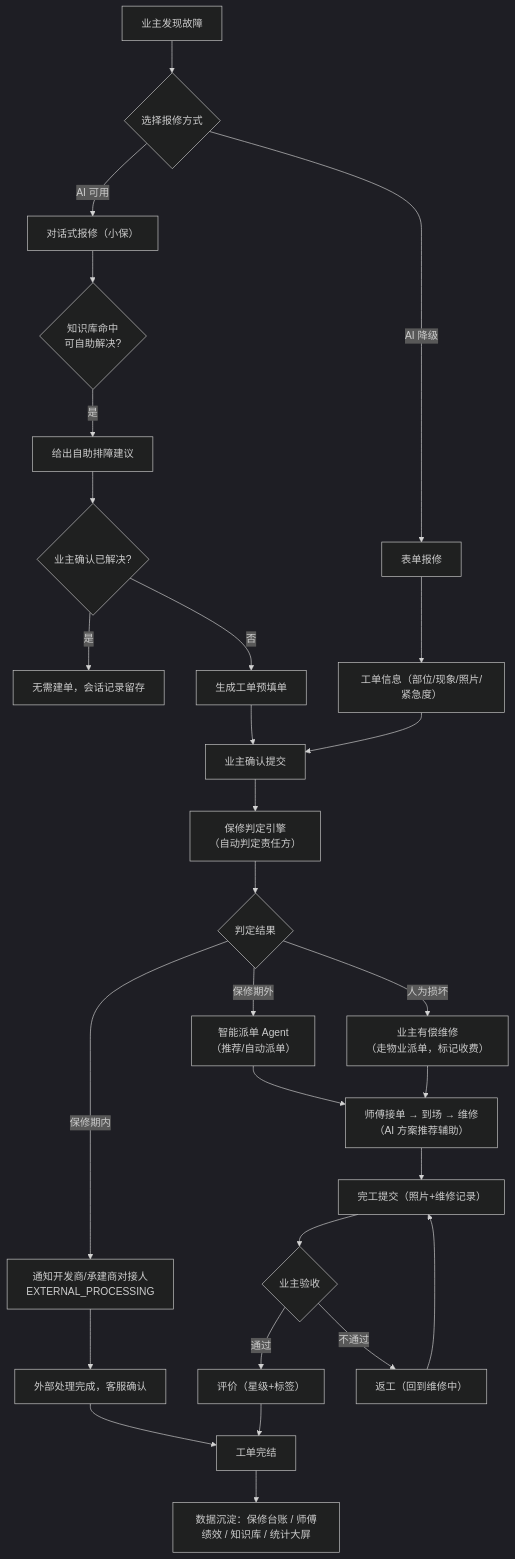
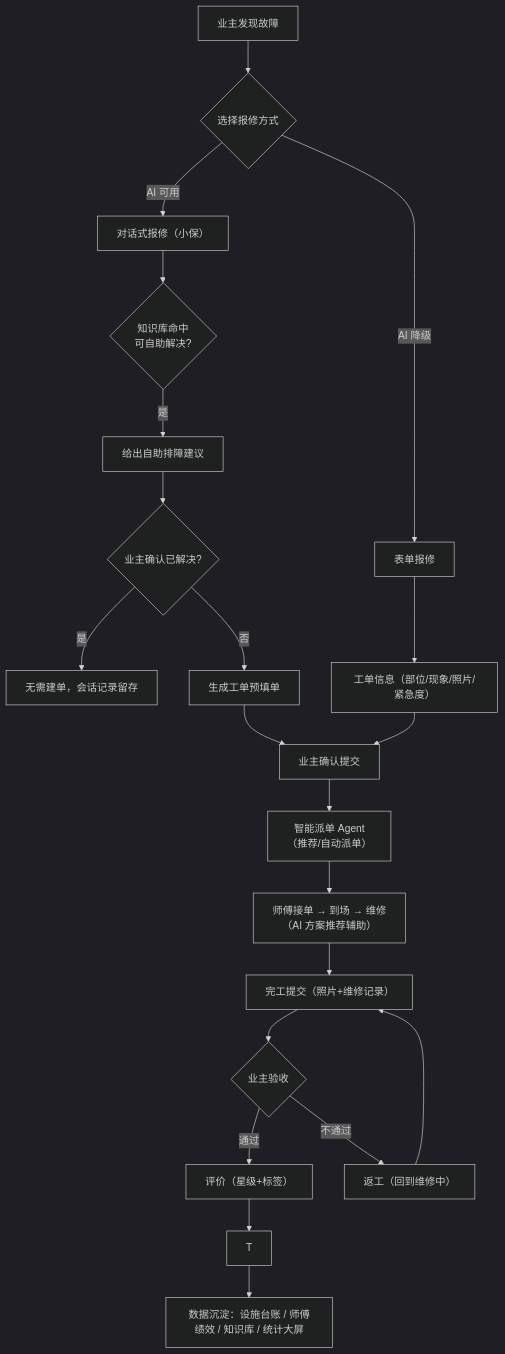
Before and after one commit to Zayu2005/WarrantyPro: the second of 7 diagrams in docs/03-业务流程分析.md, drawn with Mermaid (dark theme). The commit also changed other lines of this file and 14 other files, not shown here.

````diff
--- a/docs/03-业务流程分析.md
+++ b/docs/03-业务流程分析.md
@@ -55,30 +54,23 @@
 ```mermaid
 flowchart TD
     A["业主发现故障"] --> B{"选择报修方式"}
     B -- AI 可用 --> C["对话式报修（小保）"]
     B -- AI 降级 --> D["表单报修"]
     C --> E{知识库命中<br/>可自助解决?}
     E -- 是 --> F["给出自助排障建议"]
     F --> G{业主确认已解决?}
     G -- 是 --> Z0["无需建单，会话记录留存"]
     G -- 否 --> H["生成工单预填单"]
     D --> H2["工单信息（部位/现象/照片/紧急度）"]
     H --> I["业主确认提交"]
     H2 --> I
-    I --> J["保修判定引擎<br/>（自动判定责任方）"]
-    J --> K{"判定结果"}
-    K -- "保修期内" --> L["通知开发商/承建商对接人<br/>EXTERNAL_PROCESSING"]
-    K -- "保修期外" --> M["智能派单 Agent<br/>（推荐/自动派单）"]
-    K -- "人为损坏" --> N["业主有偿维修<br/>（走物业派单，标记收费）"]
+    I --> M["智能派单 Agent<br/>（推荐/自动派单）"]
     M --> O["师傅接单 → 到场 → 维修<br/>（AI 方案推荐辅助）"]
-    N --> O
-    L --> P["外部处理完成，客服确认"]
     O --> Q["完工提交（照片+维修记录）"]
     Q --> R{"业主验收"}
     R -- 通过 --> S["评价（星级+标签）"]
     R -- 不通过 --> O2["返工（回到维修中）"]
     O2 --> Q
-    P --> T["工单完结"]
     S --> T
-    T --> U["数据沉淀：保修台账 / 师傅绩效 / 知识库 / 统计大屏"]
+    T --> U["数据沉淀：设施台账 / 师傅绩效 / 知识库 / 统计大屏"]
 ```
````
